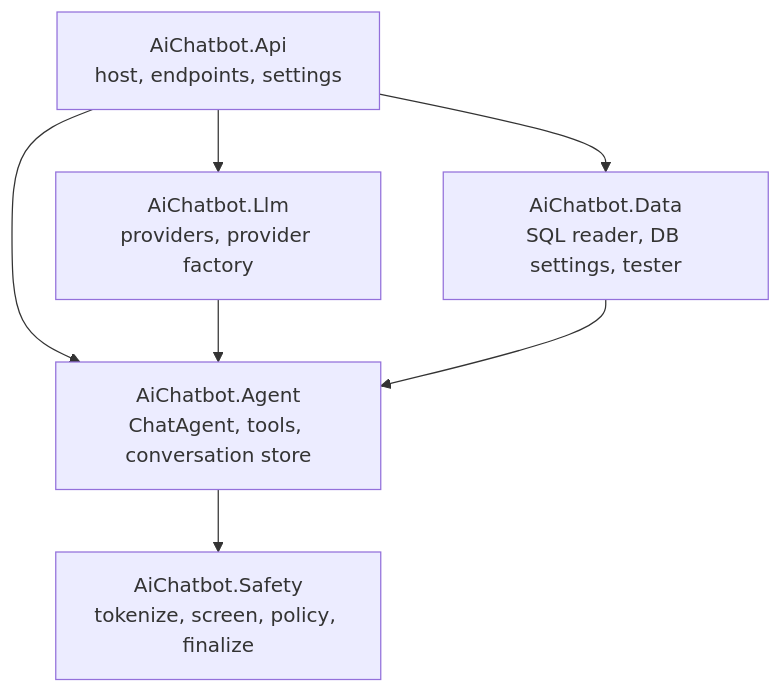
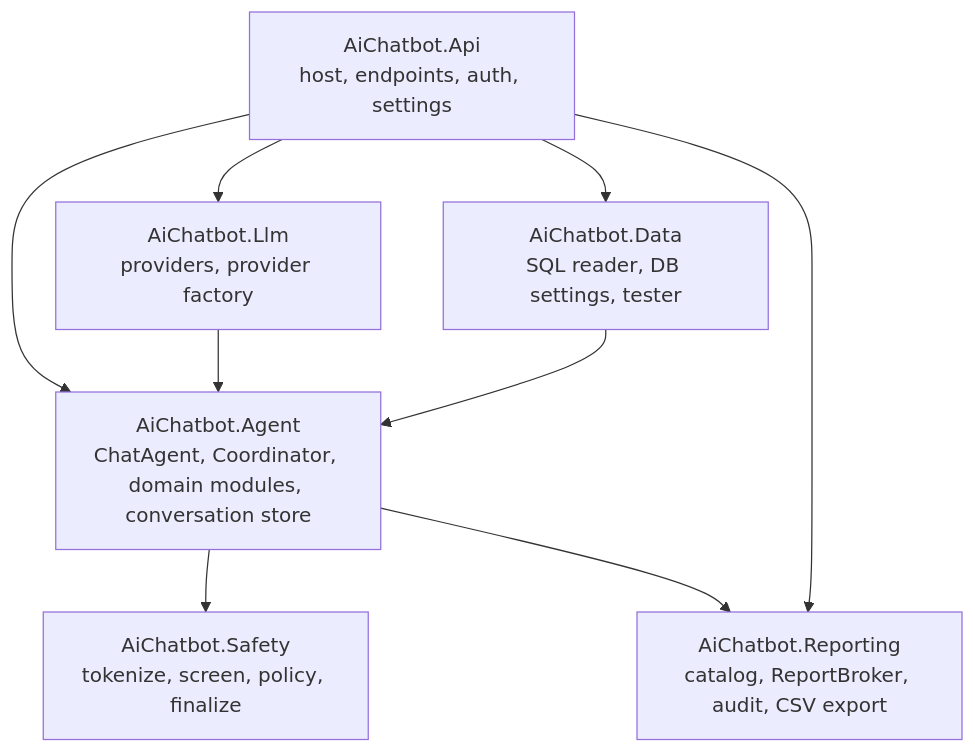
The second of 3 diagrams in docs/Architecture.md (ZiyadMehmoodDBA/chatbot_healthcare), drawn with Mermaid before and after one commit. The commit also changed other lines of this file and 7 other files, not shown here.

````diff
--- a/docs/Architecture.md
+++ b/docs/Architecture.md
@@ -43,10 +52,13 @@
 ```mermaid
 flowchart TB
-    Api[AiChatbot.Api<br/>host, endpoints, settings] --> Agent
+    Api[AiChatbot.Api<br/>host, endpoints, auth, settings] --> Agent
     Api --> Llm
     Api --> Data
-    Agent[AiChatbot.Agent<br/>ChatAgent, tools, conversation store] --> Safety
+    Api --> Reporting
+    Agent[AiChatbot.Agent<br/>ChatAgent, Coordinator, domain modules, conversation store] --> Safety
+    Agent --> Reporting
+    Reporting[AiChatbot.Reporting<br/>catalog, ReportBroker, audit, CSV export]
     Llm[AiChatbot.Llm<br/>providers, provider factory] --> Agent
     Data[AiChatbot.Data<br/>SQL reader, DB settings, tester] --> Agent
     Safety[AiChatbot.Safety<br/>tokenize, screen, policy, finalize]
 ```
````
